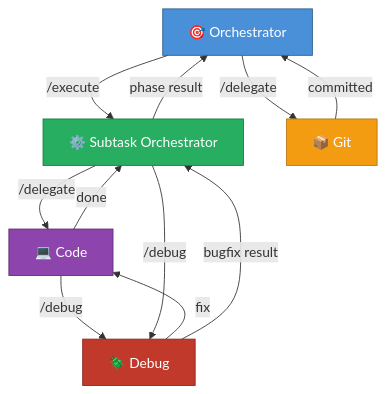
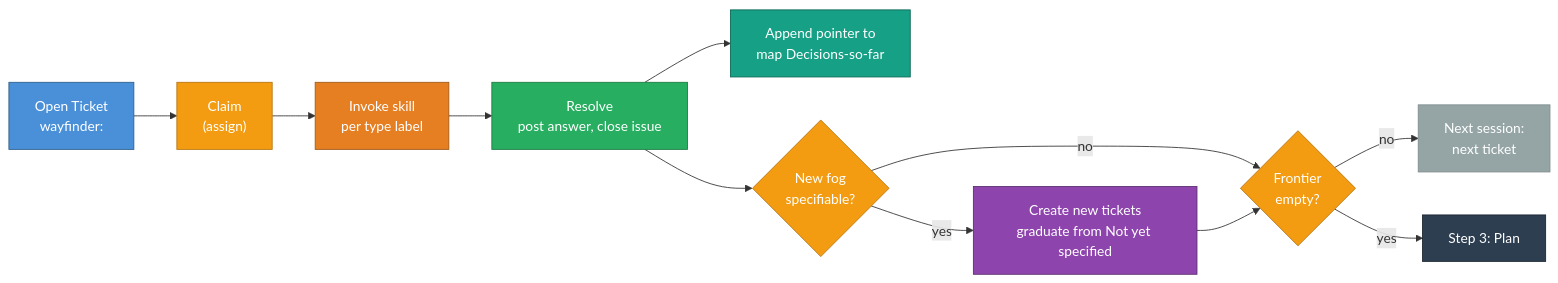
One commit to weselben/RooForge changed the third of 5 diagrams in README.md. Above: the diagram before and after it, drawn with Mermaid. The commit also changed other lines of this file and 39 other files, not shown here.

````diff
--- a/README.md
+++ b/README.md
@@ -92,19 +90,24 @@
 ```mermaid
-flowchart TB
-    O["🎯 Orchestrator"] -->|"/execute"| SO["⚙️ Subtask Orchestrator"]
-    SO -->|"/delegate"| C["💻 Code"]
-    C -->|"/debug"| D["🪲 Debug"]
-    D -->|"fix"| C
-    C -->|"done"| SO
-    SO -->|"phase result"| O
-    O -->|"/delegate"| G["📦 Git"]
-    G -->|"committed"| O
-    SO -->|"/debug"| D
-    D -->|"bugfix result"| SO
-
-    style O fill:#4A90D9,color:#fff,stroke:#2C5F8A
-    style SO fill:#27AE60,color:#fff,stroke:#1A7A42
-    style C fill:#8E44AD,color:#fff,stroke:#5B2D6E
-    style D fill:#C0392B,color:#fff,stroke:#8A2520
-    style G fill:#F39C12,color:#fff,stroke:#B8750E
+flowchart LR
+    Ticket["Open Ticket<br/>wayfinder:<type>"] --> Claim["Claim<br/>(assign)"]
+    Claim --> Skill["Invoke skill<br/>per type label"]
+    Skill --> Resolve["Resolve<br/>post answer, close issue"]
+    Resolve --> Pointer["Append pointer to<br/>map Decisions-so-far"]
+    Resolve --> Fog{"New fog<br/>specifiable?"}
+    Fog -->|"yes"| NewTickets["Create new tickets<br/>graduate from Not yet specified"]
+    Fog -->|"no"| Frontier{"Frontier<br/>empty?"}
+    NewTickets --> Frontier
+    Frontier -->|"no"| NextTicket["Next session:<br/>next ticket"]
+    Frontier -->|"yes"| Plan["Step 3: Plan"]
+    
+    style Ticket fill:#4A90D9,color:#fff,stroke:#2C5F8A
+    style Claim fill:#F39C12,color:#fff,stroke:#B8750E
+    style Skill fill:#E67E22,color:#fff,stroke:#A05A15
+    style Resolve fill:#27AE60,color:#fff,stroke:#1A7A42
+    style Pointer fill:#16A085,color:#fff,stroke:#0E6655
+    style Fog fill:#F39C12,color:#fff,stroke:#B8750E
+    style NewTickets fill:#8E44AD,color:#fff,stroke:#5B2D6E
+    style Frontier fill:#F39C12,color:#fff,stroke:#B8750E
+    style NextTicket fill:#95A5A6,color:#fff,stroke:#7F8C8D
+    style Plan fill:#2C3E50,color:#fff,stroke:#1A252F
 ```
````
